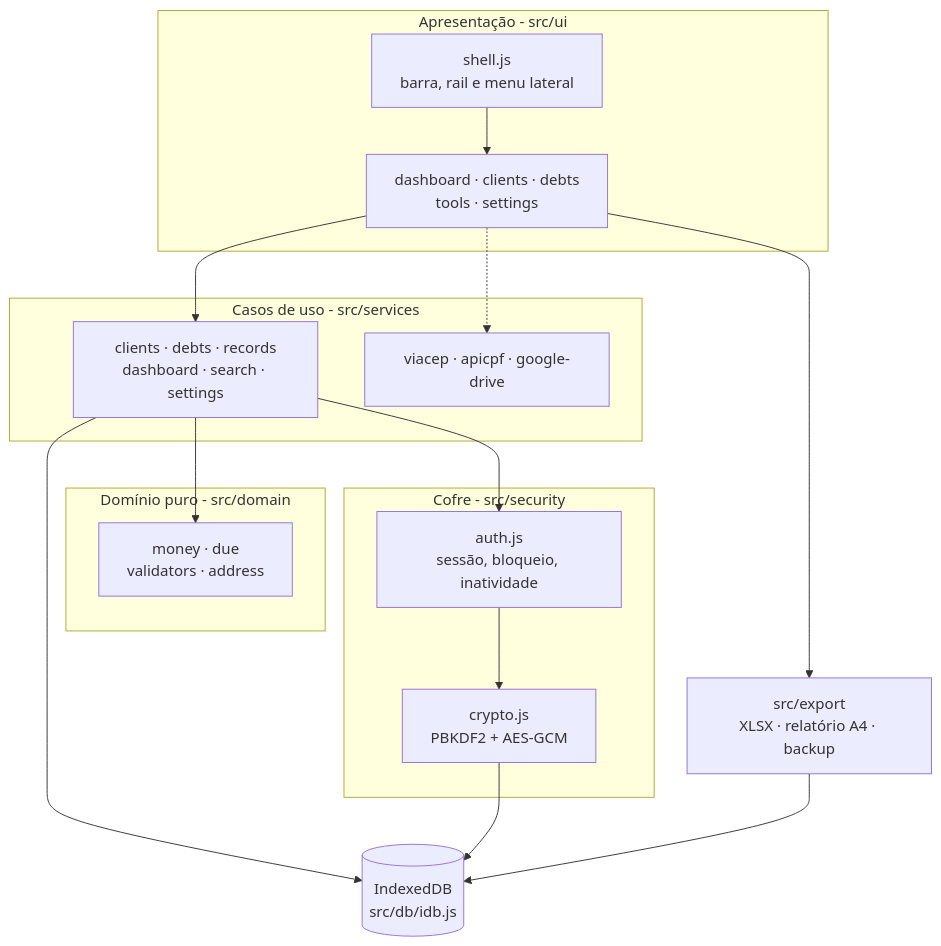
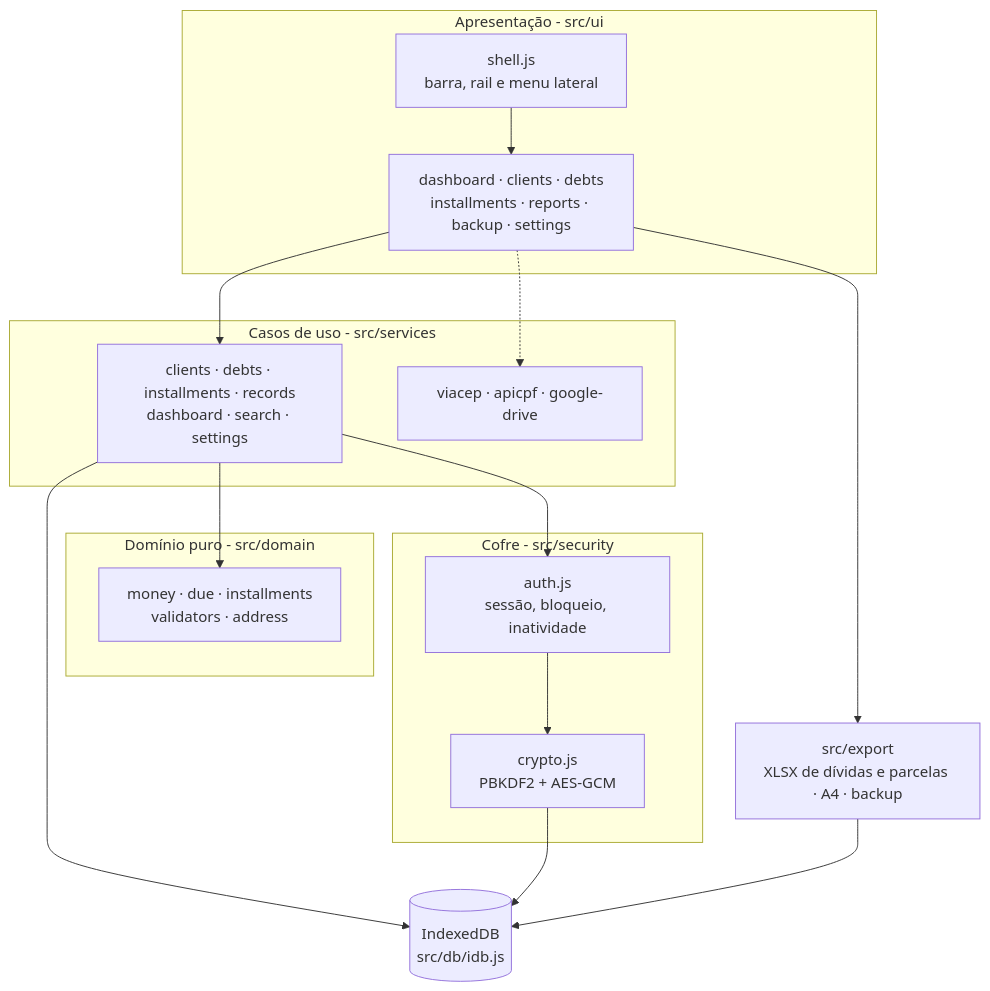
The first of 2 diagrams in README.md (JS171555/scipione-cred-offline), drawn with Mermaid before and after one commit. The commit also changed other lines of this file and 19 other files, not shown here.

````diff
--- a/README.md
+++ b/README.md
@@ -184,33 +198,33 @@
 ```mermaid
 flowchart TB
   subgraph CAMADA_UI["Apresentação - src/ui"]
     SHELL["shell.js<br/>barra, rail e menu lateral"]
-    TELAS["dashboard · clients · debts<br/>tools · settings"]
+    TELAS["dashboard · clients · debts<br/>installments · reports · backup · settings"]
   end
 
   subgraph CAMADA_SERV["Casos de uso - src/services"]
-    INTERNOS["clients · debts · records<br/>dashboard · search · settings"]
+    INTERNOS["clients · debts · installments · records<br/>dashboard · search · settings"]
     EXTERNOS["viacep · apicpf · google-drive"]
   end
 
   subgraph CAMADA_DOM["Domínio puro - src/domain"]
-    REGRAS["money · due<br/>validators · address"]
+    REGRAS["money · due · installments<br/>validators · address"]
   end
 
   subgraph CAMADA_COFRE["Cofre - src/security"]
     SESSAO["auth.js<br/>sessão, bloqueio, inatividade"]
     CRIPTO["crypto.js<br/>PBKDF2 + AES-GCM"]
   end
 
   BANCO[("IndexedDB<br/>src/db/idb.js")]
-  EXPORT["src/export<br/>XLSX · relatório A4 · backup"]
+  EXPORT["src/export<br/>XLSX de dívidas e parcelas · A4 · backup"]
 
   SHELL --> TELAS
   TELAS --> INTERNOS --> REGRAS
   TELAS --> EXPORT
   TELAS -.-> EXTERNOS
   INTERNOS --> SESSAO --> CRIPTO
   INTERNOS --> BANCO
   CRIPTO --> BANCO
   EXPORT --> BANCO
 ```
````
